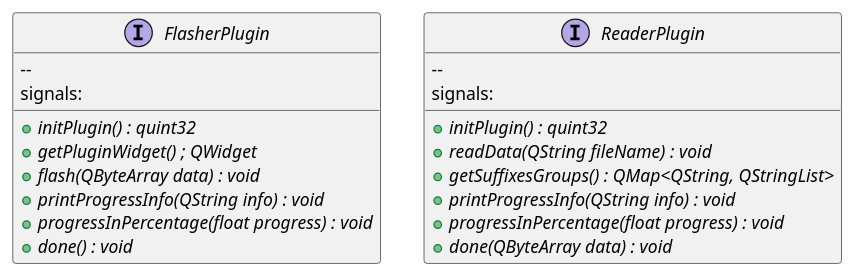
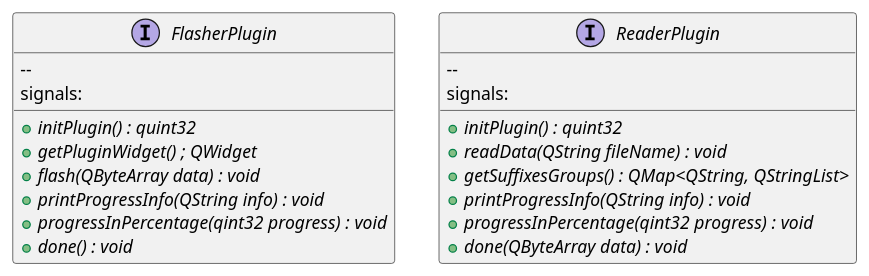
Before and after one commit to Siprj/modular-MCU-flasher: the diagram in PluginInterfaceDiagram.plantuml, drawn with PlantUML. The commit also changed 36 other files, not shown here.

```diff
--- a/PluginInterfaceDiagram.plantuml
+++ b/PluginInterfaceDiagram.plantuml
@@ -1,25 +1,25 @@
 @startuml
 
 interface FlasherPlugin {
     + {abstract} initPlugin() : quint32
     + {abstract} getPluginWidget() ; QWidget
     + {abstract} flash(QByteArray data) : void 
     -- 
     signals:
     + {abstract} printProgressInfo(QString info) : void
-    + {abstract} progressInPercentage(float progress) : void
+    + {abstract} progressInPercentage(qint32 progress) : void
     + {abstract} done() : void
 }
 
 interface ReaderPlugin {
     + {abstract} initPlugin() : quint32
     + {abstract} readData(QString fileName) : void 
     + {abstract} getSuffixesGroups() : QMap<QString, QStringList> 
     -- 
     signals:
     + {abstract} printProgressInfo(QString info) : void
-    + {abstract} progressInPercentage(float progress) : void
+    + {abstract} progressInPercentage(qint32 progress) : void
     + {abstract} done(QByteArray data) : void
 }
 
 @enduml
```
